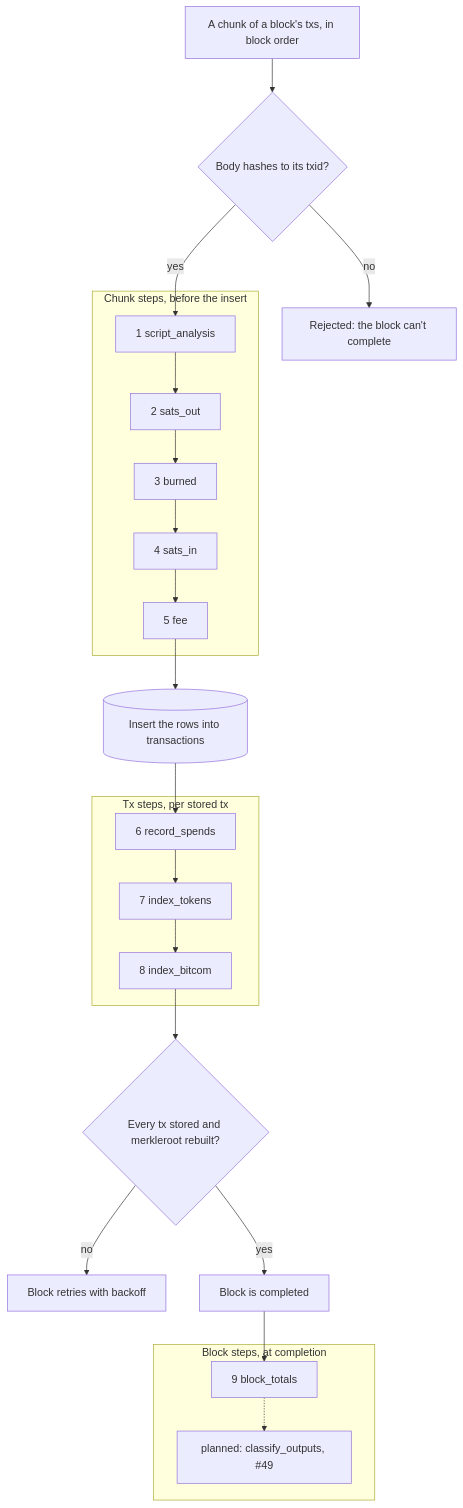
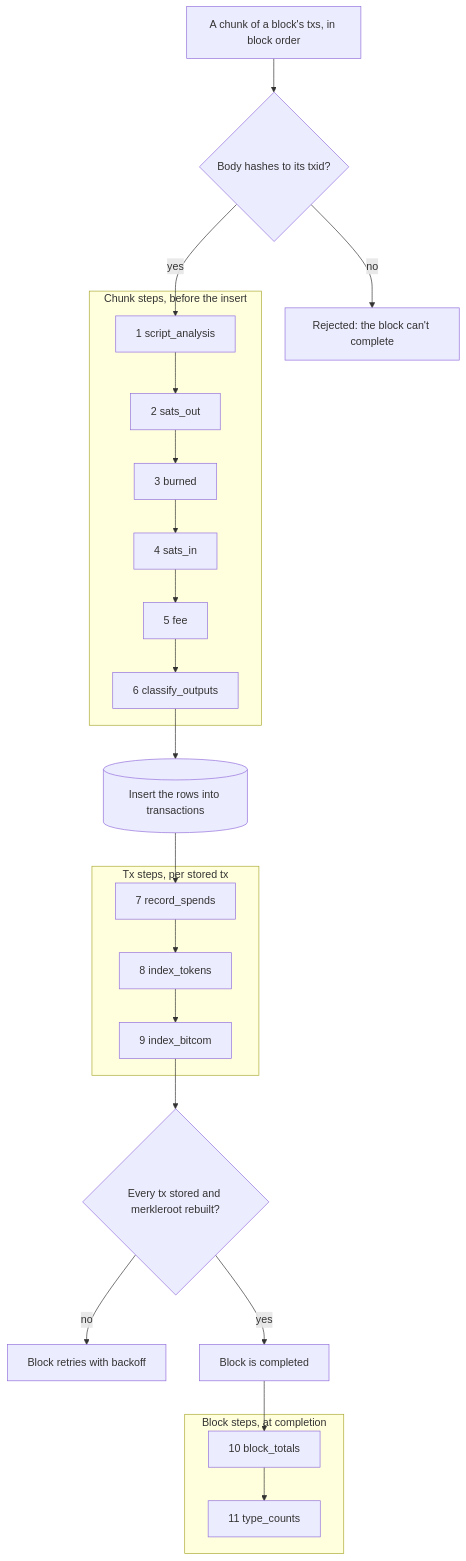
The diagram in docs/TX_PIPELINE.md (afomi/bitblocks), drawn with Mermaid before and after one commit. The commit also changed other lines of this file and 13 other files, not shown here.

First line of the commit message:
type every tx at ingest and tally types per block (#49)

````diff
--- a/docs/TX_PIPELINE.md
+++ b/docs/TX_PIPELINE.md
@@ -73,21 +87,21 @@
 ```mermaid
 flowchart TD
   in["A chunk of a block's txs, in block order"] --> gate{"Body hashes to its txid?"}
   gate -- no --> rejected["Rejected: the block can't complete"]
   gate -- yes --> s1["1 script_analysis"]
   subgraph chunk["Chunk steps, before the insert"]
-    s1 --> s2["2 sats_out"] --> s3["3 burned"] --> s4["4 sats_in"] --> s5["5 fee"]
+    s1 --> s2["2 sats_out"] --> s3["3 burned"] --> s4["4 sats_in"] --> s5["5 fee"] --> s6["6 classify_outputs"]
   end
-  s5 --> insert[("Insert the rows into transactions")]
-  insert --> s6
+  s6 --> insert[("Insert the rows into transactions")]
+  insert --> s7
   subgraph tx["Tx steps, per stored tx"]
-    s6["6 record_spends"] --> s7["7 index_tokens"] --> s8["8 index_bitcom"]
+    s7["7 record_spends"] --> s8["8 index_tokens"] --> s9["9 index_bitcom"]
   end
-  s8 --> check{"Every tx stored and merkleroot rebuilt?"}
+  s9 --> check{"Every tx stored and merkleroot rebuilt?"}
   check -- no --> retry["Block retries with backoff"]
   check -- yes --> done["Block is completed"]
-  done --> s9
+  done --> s10
   subgraph block["Block steps, at completion"]
-    s9["9 block_totals"] -.-> s10["planned: classify_outputs, #49"]
+    s10["10 block_totals"] --> s11["11 type_counts"]
   end
 ```
````
